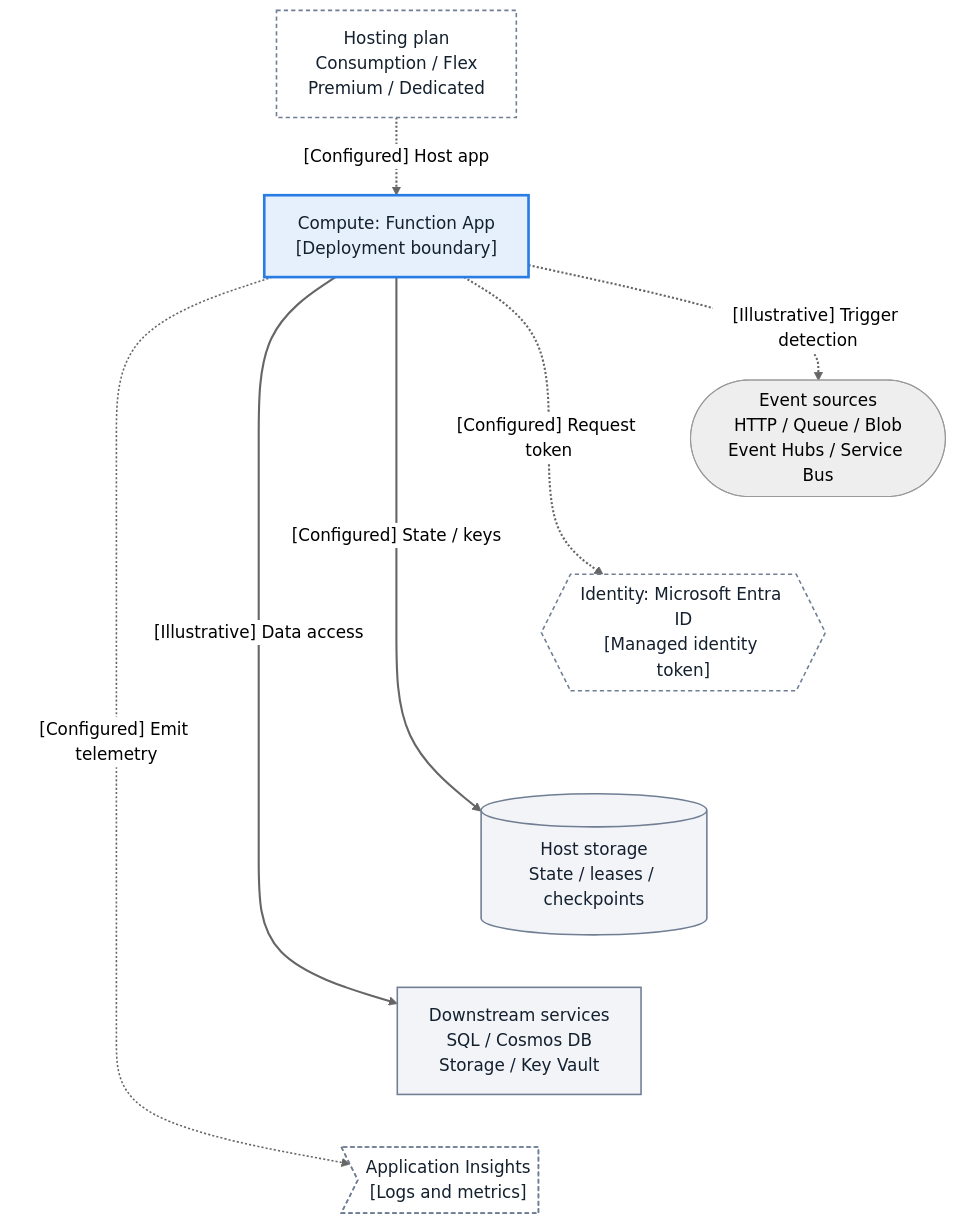
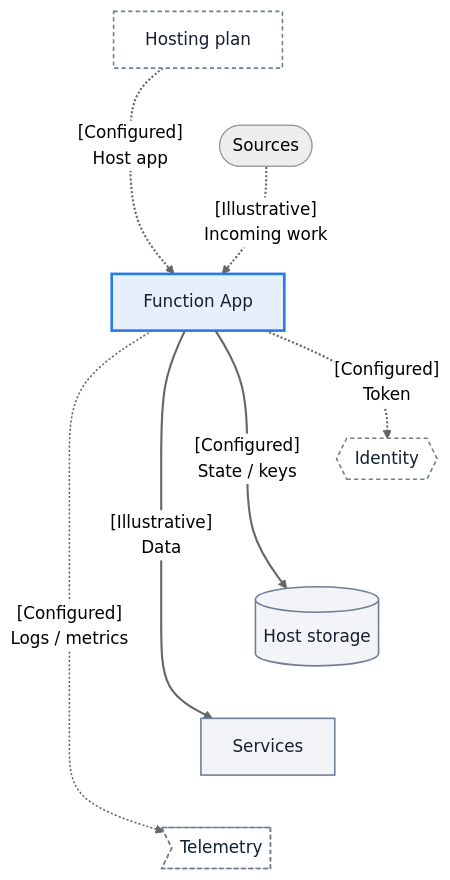
Before and after one commit to yeongseon/azure-functions-practical-guide: the fifth of 8 diagrams in docs/platform/architecture/index.md, drawn with Mermaid (neutral theme). The commit also changed other lines of this file, not shown here.

First line of the commit message:
docs(diagrams): restore mobile legibility with keyed role legends

````diff
--- a/docs/platform/architecture/index.md
+++ b/docs/platform/architecture/index.md
@@ -377,31 +413,31 @@
 ```mermaid
 flowchart TD
     accTitle: Which resources does a Function App use?
     accDescr: Function App incoming sources include HTTP, Queue, Blob, Event Hubs and Service Bus. Hosting, optional managed identity, host storage, downstream SQL, Cosmos DB, Storage and Key Vault, and telemetry are distinct logical relationships, not universal HTTP transport or direct network token acquisition from Entra ID.
-    client(["Event sources<br/>HTTP / Queue / Blob<br/>Event Hubs / Service Bus"])
-    hosting_plan["Hosting plan<br/>Consumption / Flex<br/>Premium / Dedicated"]
-    app_runtime["Compute: Function App<br/>[Deployment boundary]"]
-    identity{{"Identity: Microsoft Entra ID<br/>[Managed identity token]"}}
-    storage_db[("Host storage<br/>State / leases / checkpoints")]
-    dependency["Downstream services<br/>SQL / Cosmos DB<br/>Storage / Key Vault"]
-    telemetry>"Application Insights<br/>[Logs and metrics]"]
-    hosting_plan -.->|"[Configured] Host app"| app_runtime
-    app_runtime -.->|"[Illustrative] Trigger detection"| client
-    app_runtime -.->|"[Configured] Request token"| identity
-    app_runtime -->|"[Configured] State / keys"| storage_db
-    app_runtime -->|"[Illustrative] Data access"| dependency
-    app_runtime -.->|"[Configured] Emit telemetry"| telemetry
+    client(["Sources"])
+    hosting_plan["Hosting plan"]
+    app_runtime["Function App"]
+    identity{{"Identity"}}
+    storage_db[("Host storage")]
+    dependency["Services"]
+    telemetry>"Telemetry"]
+    hosting_plan -.->|"[Configured]<br/>Host app"| app_runtime
+    client -.->|"[Illustrative]<br/>Incoming work"| app_runtime
+    app_runtime -.->|"[Configured]<br/>Token"| identity
+    app_runtime -->|"[Configured]<br/>State / keys"| storage_db
+    app_runtime -->|"[Illustrative]<br/>Data"| dependency
+    app_runtime -.->|"[Configured]<br/>Logs / metrics"| telemetry
     %% Layout-only: tier resource associations; these add no data paths.
-    client ~~~ identity
+    hosting_plan ~~~ client
     identity ~~~ storage_db
     storage_db ~~~ dependency
     dependency ~~~ telemetry
     classDef baseNeutral fill:#f2f4f8,stroke:#707e93,stroke-width:1.5px,color:#14202e;
     classDef focusActive fill:#e6f0fd,stroke:#287ce4,stroke-width:2.5px,color:#14202e;
     classDef bandMuted fill:#ffffff,stroke:#707e93,stroke-width:1.5px,stroke-dasharray:4 3,color:#14202e;
     class storage_db,dependency baseNeutral;
     class app_runtime focusActive;
     class hosting_plan,identity,telemetry bandMuted;
     linkStyle default stroke-width:2px;
     linkStyle 5 stroke-width:1.5px;
 ```
````
